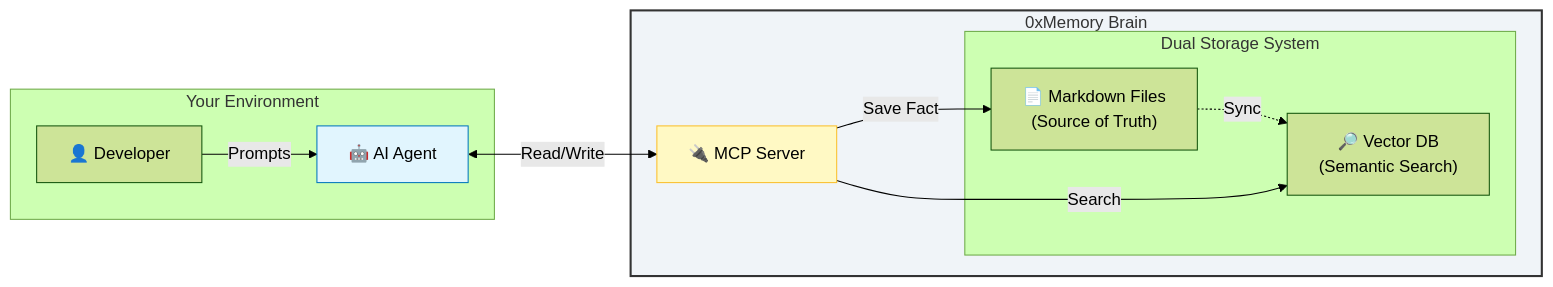
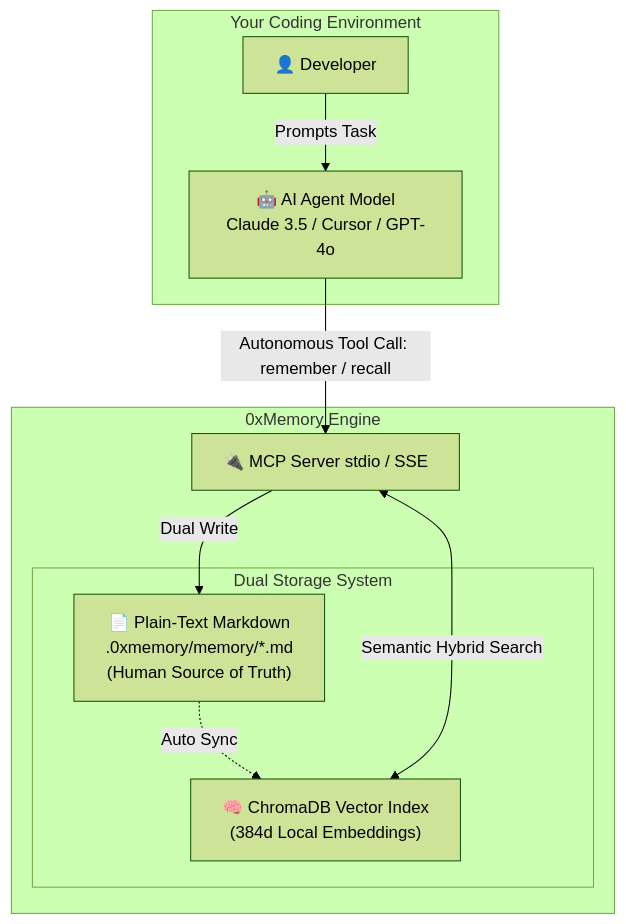
The diagram in README.md (MANOJ-80/0xMemory), drawn with Mermaid (forest theme) before and after one commit. The commit also changed other lines of this file, not shown here.

Commit message:
docs: reframe README around autonomous agentic memory loop

````diff
--- a/README.md
+++ b/README.md
@@ -61,26 +58,22 @@
 ```mermaid
-flowchart LR
-    subgraph IDE [Your Environment]
-        Agent[🤖 AI Agent]
+flowchart TD
+    subgraph IDE [Your Coding Environment]
         User[👤 Developer]
+        Agent[🤖 AI Agent Model\nClaude 3.5 / Cursor / GPT-4o]
     end
 
-    subgraph Brain [0xMemory Brain]
-        MCP[🔌 MCP Server]
+    subgraph MemoryEngine [0xMemory Engine]
+        MCP[🔌 MCP Server stdio / SSE]
 
         subgraph Storage [Dual Storage System]
-            MD["📄 Markdown Files\n(Source of Truth)"]
-            Vec["🔎 Vector DB\n(Semantic Search)"]
+            MD["📄 Plain-Text Markdown\n.0xmemory/memory/*.md\n(Human Source of Truth)"]
+            Vec["🧠 ChromaDB Vector Index\n(384d Local Embeddings)"]
         end
     end
 
-    User -->|Prompts| Agent
-    Agent <-->|Read/Write| MCP
-    MCP -->|Save Fact| MD
-    MD -.->|Sync| Vec
-    MCP -->|Search| Vec
-
-    style Brain fill:#f0f4f8,stroke:#333,stroke-width:2px
-    style Agent fill:#e1f5fe,stroke:#0277bd
-    style MCP fill:#fff9c4,stroke:#fbc02d
+    User -->|Prompts Task| Agent
+    Agent -->|Autonomous Tool Call: remember / recall| MCP
+    MCP -->|Dual Write| MD
+    MD -.->|Auto Sync| Vec
+    MCP <-->|Semantic Hybrid Search| Vec
 ```
````
